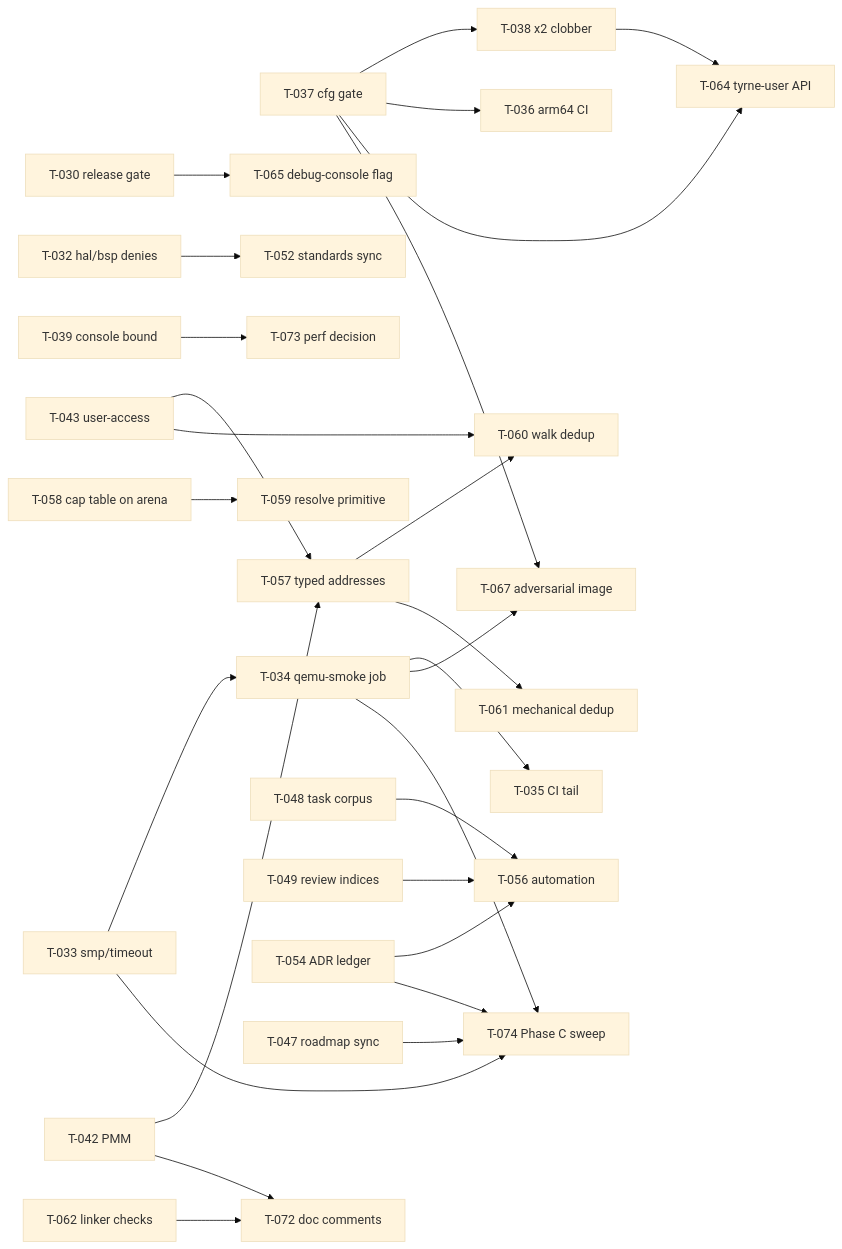
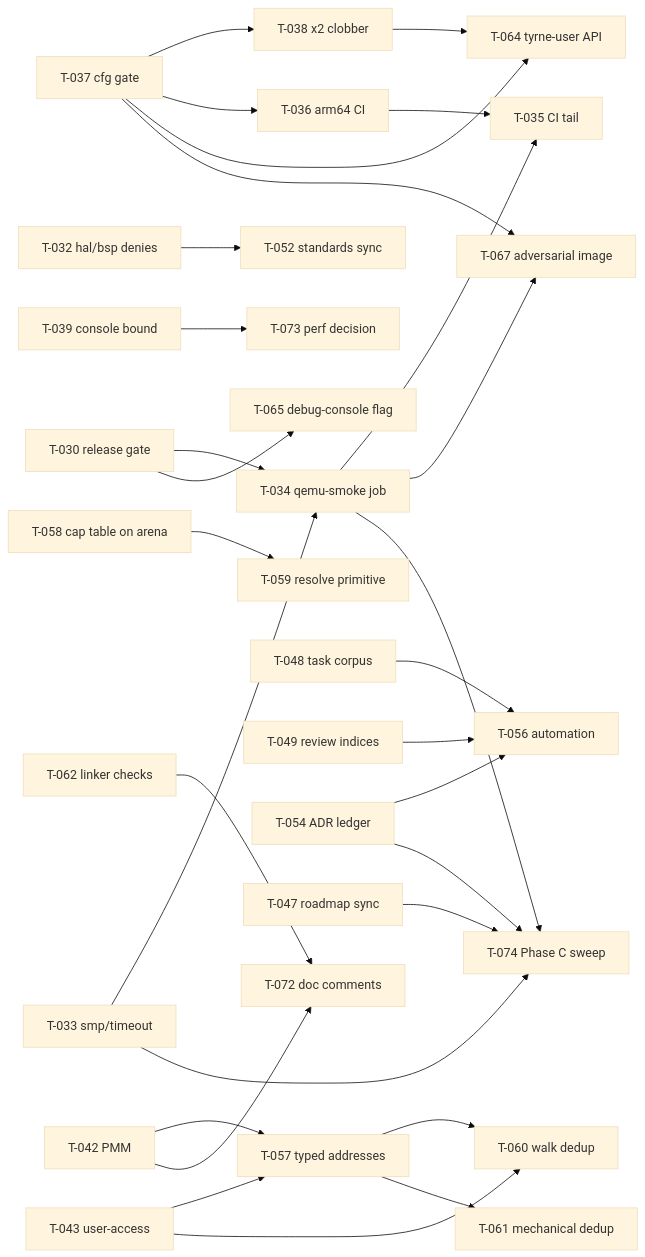
One commit to HodeTech/Tyrne changed the diagram in docs/analysis/tasks/phase-b2/README.md. Above: the diagram before and after it, drawn with Mermaid (base theme). The commit also changed other lines of this file and 84 other files, not shown here.

````diff
--- a/docs/analysis/tasks/phase-b2/README.md
+++ b/docs/analysis/tasks/phase-b2/README.md
@@ -86,29 +111,31 @@
 ```mermaid
 flowchart LR
     T037[T-037 cfg gate] --> T038[T-038 x2 clobber]
     T037 --> T036[T-036 arm64 CI]
     T037 --> T064[T-064 tyrne-user API]
     T038 --> T064
     T037 --> T067[T-067 adversarial image]
     T033[T-033 smp/timeout] --> T034[T-034 qemu-smoke job]
+    T030[T-030 release gate] --> T034
     T034 --> T035[T-035 CI tail]
+    T036 --> T035
     T034 --> T067
-    T030[T-030 release gate] --> T065[T-065 debug-console flag]
+    T030 --> T065[T-065 debug-console flag]
     T032[T-032 hal/bsp denies] --> T052[T-052 standards sync]
     T039[T-039 console bound] --> T073[T-073 perf decision]
     T042[T-042 PMM] --> T057[T-057 typed addresses]
     T043[T-043 user-access] --> T057
     T043 --> T060[T-060 walk dedup]
     T057 --> T060
     T057 --> T061[T-061 mechanical dedup]
     T058[T-058 cap table on arena] --> T059[T-059 resolve primitive]
     T042 --> T072[T-072 doc comments]
     T062[T-062 linker checks] --> T072
     T048[T-048 task corpus] --> T056[T-056 automation]
     T049[T-049 review indices] --> T056
     T054[T-054 ADR ledger] --> T056
     T033 --> T074[T-074 Phase C sweep]
     T034 --> T074
     T047[T-047 roadmap sync] --> T074
     T054 --> T074
 ```
````
